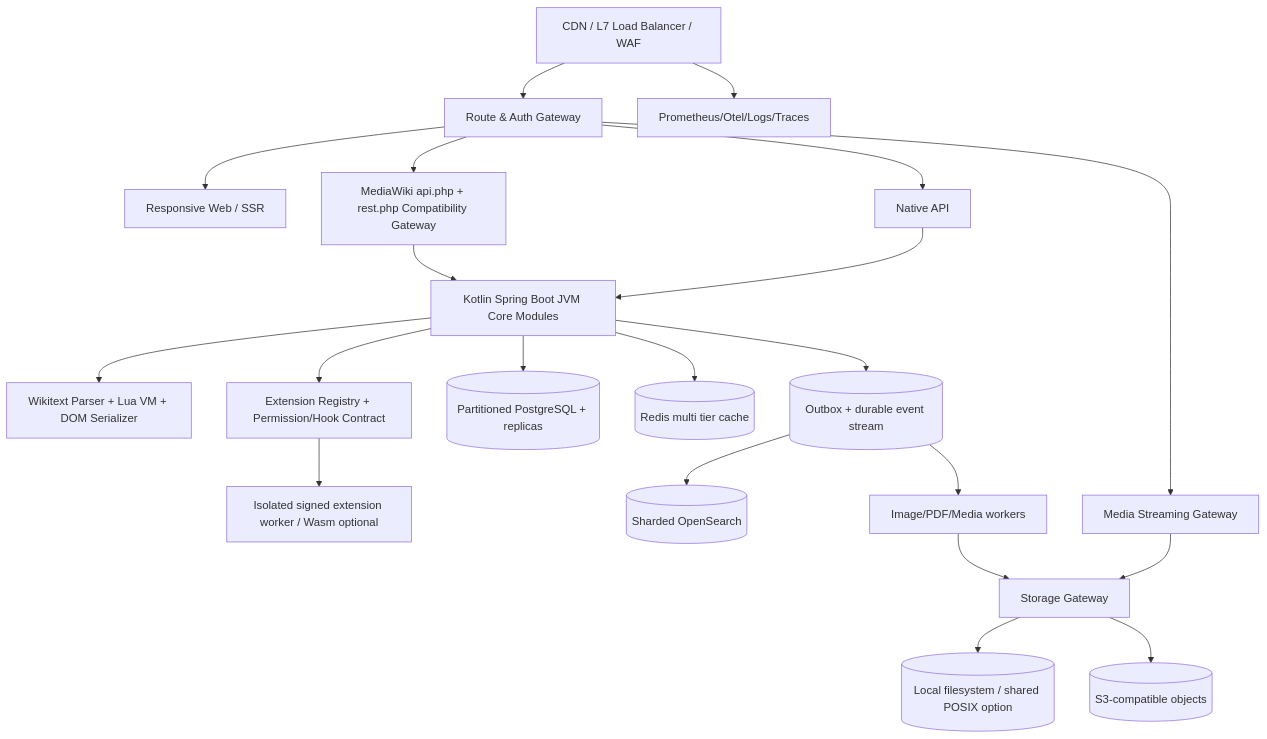
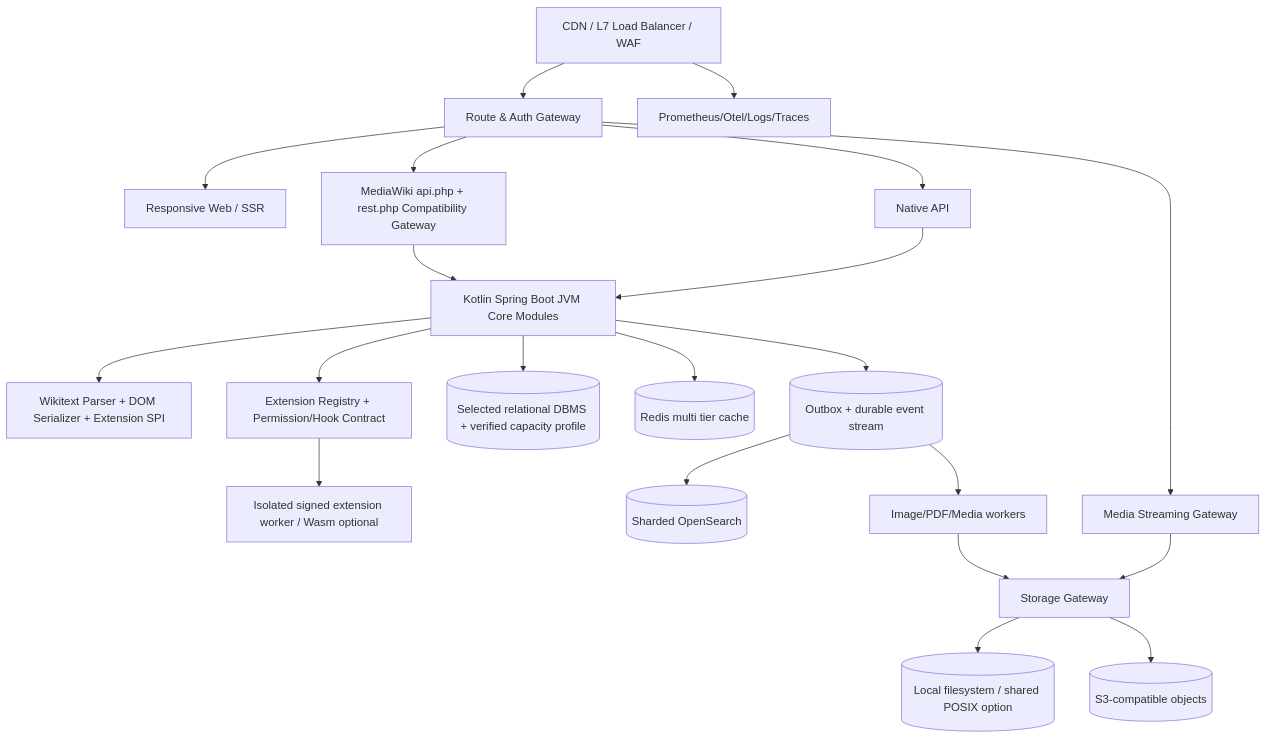
Before and after one commit to MPThLee/LibertyWiki: the sixth of 7 diagrams in wiki_design/source/04_ARCHITECTURE.md, drawn with Mermaid. The commit also changed other lines of this file and 33 other files, not shown here.

````diff
--- a/wiki_design/source/04_ARCHITECTURE.md
+++ b/wiki_design/source/04_ARCHITECTURE.md
@@ -272,23 +275,23 @@
 ```mermaid
 flowchart TB
   EDGE[CDN / L7 Load Balancer / WAF] --> G[Route & Auth Gateway]
   G --> WEB[Responsive Web / SSR]
   G --> MW[MediaWiki api.php + rest.php Compatibility Gateway]
   G --> NATIVE[Native API]
   G --> MEDIA[Media Streaming Gateway]
   MW --> CORE[Kotlin Spring Boot JVM Core Modules]
   NATIVE --> CORE
-  CORE --> COMP[Wikitext Parser + Lua VM + DOM Serializer]
+  CORE --> COMP[Wikitext Parser + DOM Serializer + Extension SPI]
   CORE --> EXT[Extension Registry + Permission/Hook Contract]
   EXT --> WKR[Isolated signed extension worker / Wasm optional]
-  CORE --> DB[(Partitioned PostgreSQL + replicas)]
+  CORE --> DB[(Selected relational DBMS + verified capacity profile)]
   CORE --> REDIS[(Redis multi tier cache)]
   CORE --> EVT[(Outbox + durable event stream)]
   EVT --> SEARCH[(Sharded OpenSearch)]
   EVT --> MEDIABG[Image/PDF/Media workers]
   MEDIA --> STORE[Storage Gateway]
   MEDIABG --> STORE
   STORE --> LOCAL[(Local filesystem / shared POSIX option)]
   STORE --> S3[(S3-compatible objects)]
   EDGE --> OBS[Prometheus/Otel/Logs/Traces]
 ```
````
